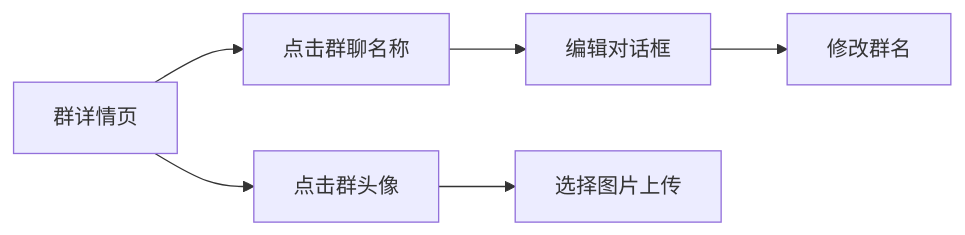
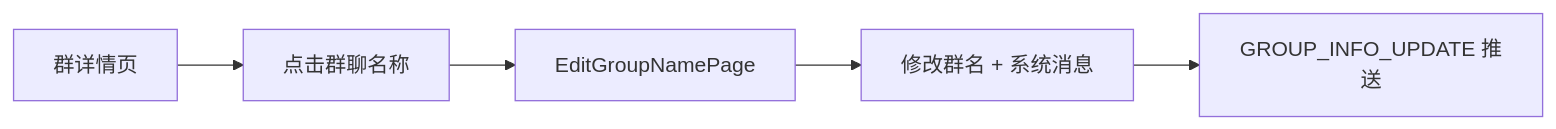
Before and after one commit to toly1994328/flash_im_by_ai: the seventh of 7 diagrams in docs/features/im/group/v0.0.3/analysis.md, drawn with Mermaid. The commit also changed other lines of this file and 33 other files, not shown here.

Commit message:
feat(group): v0.15.0 归档 + 草稿优化 + MemberPickerPage下沉 + GROUP_INFO_UPDATE + popUntil + 打包脚本修复

````diff
--- a/docs/features/im/group/v0.0.3/analysis.md
+++ b/docs/features/im/group/v0.0.3/analysis.md
@@ -107,8 +105,7 @@
 ```mermaid
 flowchart LR
     A[群详情页] --> B[点击群聊名称]
-    B --> C[编辑对话框]
-    C --> D[修改群名]
-    A --> E[点击群头像]
-    E --> F[选择图片上传]
+    B --> C[EditGroupNamePage]
+    C --> D[修改群名 + 系统消息]
+    D --> E[GROUP_INFO_UPDATE 推送]
 ```
````
